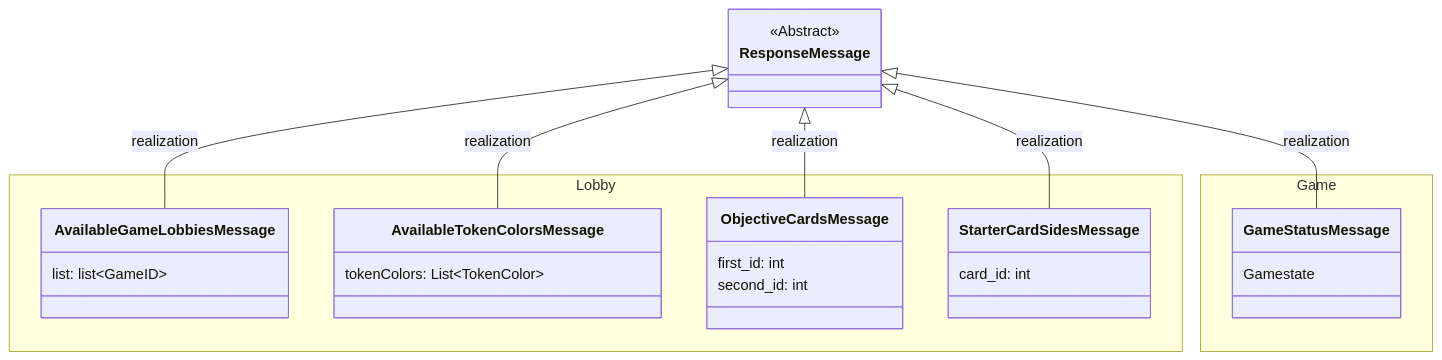
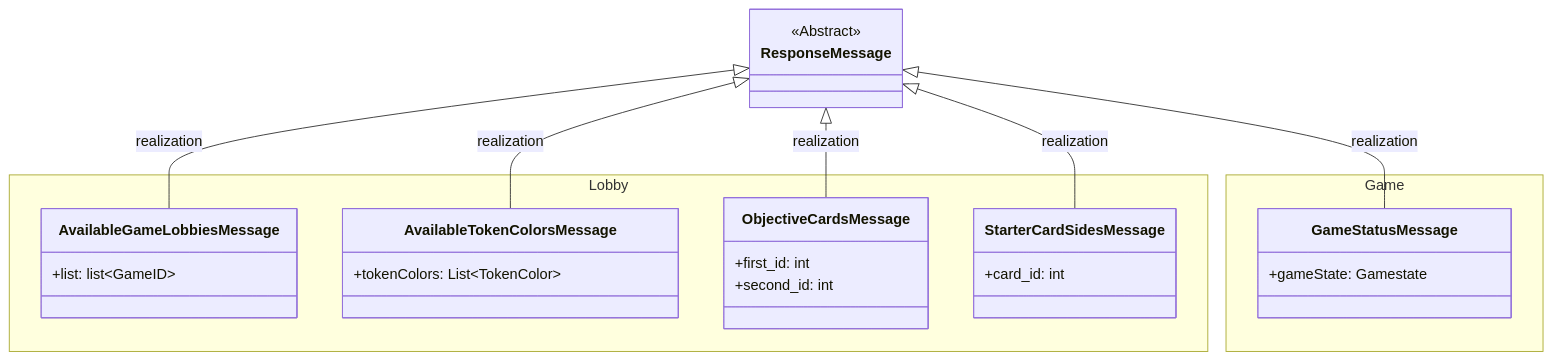
One commit to frephs/IS24-AM21 changed the third of 6 diagrams in documentation_wip/messages.md. Above: the diagram before and after it, drawn with Mermaid. The commit also changed other lines of this file, not shown here.

Commit message:
fix: add visibility for all message attributes

````diff
--- a/documentation_wip/messages.md
+++ b/documentation_wip/messages.md
@@ -121,39 +121,39 @@
 ```mermaid
 classDiagram 
     class ResponseMessage {
         <<Abstract>> 
     }
     namespace Lobby {
         class AvailableGameLobbiesMessage{
-            list: list~GameID~
+            +list: list~GameID~
         }
 
         class AvailableTokenColorsMessage{
-            tokenColors: List~TokenColor~
+            +tokenColors: List~TokenColor~
         }
 
         class ObjectiveCardsMessage{
-            first_id: int
-            second_id: int
+            +first_id: int
+            +second_id: int
         }
 
         class StarterCardSidesMessage{
-            card_id: int
+            +card_id: int
         }
         
     
     }
 
     namespace Game{
         class GameStatusMessage{
-            Gamestate
+            +gameState: Gamestate
         }
     }
 
     ResponseMessage <|-- AvailableGameLobbiesMessage : realization
     ResponseMessage <|-- AvailableTokenColorsMessage : realization
     ResponseMessage <|-- ObjectiveCardsMessage : realization
     ResponseMessage <|-- StarterCardSidesMessage : realization
     ResponseMessage <|-- GameStatusMessage : realization
     
 ```
````
